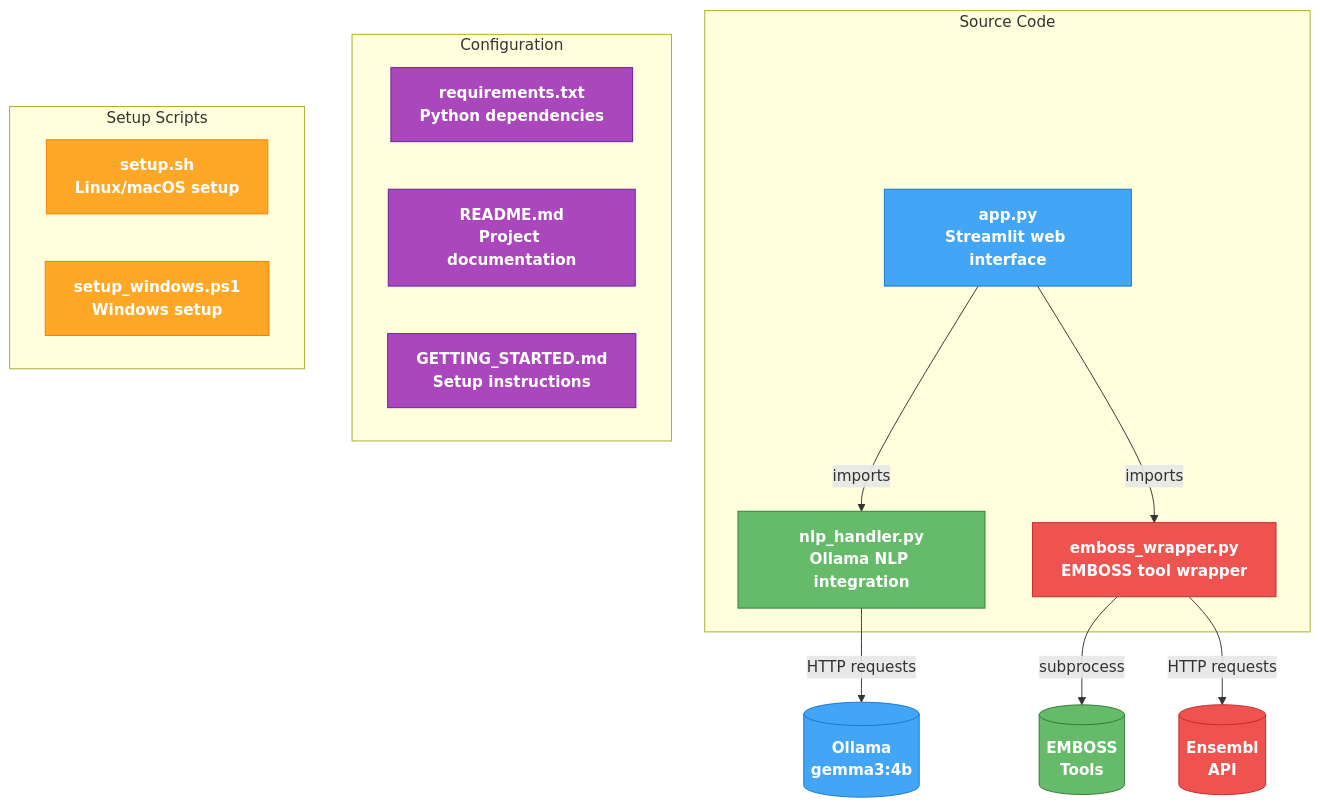
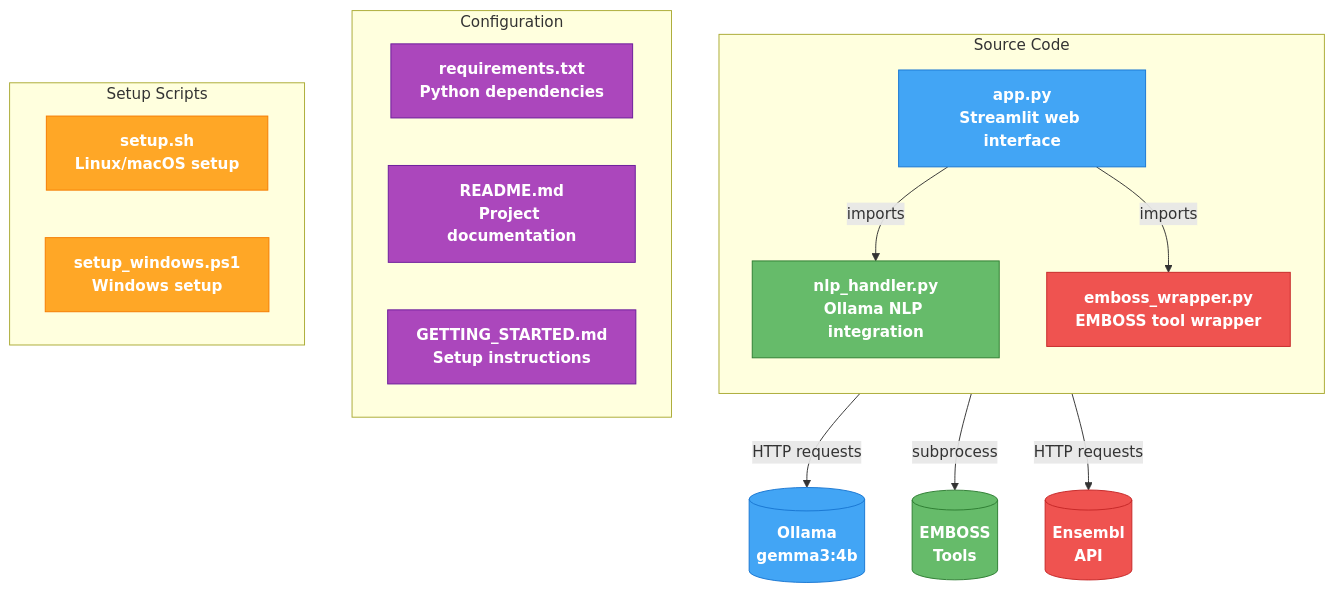
The eighth of 9 diagrams in ARCHITECTURE.md (caagendaz/BME110-final), drawn with Mermaid before and after one commit.

Commit message:
Adjust File Structure diagram layout - move content up
- Added direction TB to Source Code subgraph for better vertical positioning
- Changed NLP connection origin from NLP to APP for proper layout
- Improved spacing within the Source Code box

````diff
--- a/ARCHITECTURE.md
+++ b/ARCHITECTURE.md
@@ -263,37 +263,38 @@
 ```mermaid
 graph TB
     subgraph Code["Source Code"]
+        direction TB
         APP["app.py<br/>Streamlit web interface"]
         NLP["nlp_handler.py<br/>Ollama NLP integration"]
         EMBOSS["emboss_wrapper.py<br/>EMBOSS tool wrapper"]
         APP -->|imports| NLP
         APP -->|imports| EMBOSS
     end
     
     subgraph Config["Configuration"]
         REQ["requirements.txt<br/>Python dependencies"]
         README["README.md<br/>Project documentation"]
         GETTING["GETTING_STARTED.md<br/>Setup instructions"]
     end
     
     subgraph Setup["Setup Scripts"]
         SETUP_SH["setup.sh<br/>Linux/macOS setup"]
         SETUP_PS["setup_windows.ps1<br/>Windows setup"]
     end
     
-    NLP -->|HTTP requests| Ollama[("Ollama<br/>gemma3:4b")]
+    APP -->|HTTP requests| Ollama[("Ollama<br/>gemma3:4b")]
     EMBOSS -->|subprocess| Tools[("EMBOSS<br/>Tools")]
     EMBOSS -->|HTTP requests| Ensembl[("Ensembl<br/>API")]
     
     style APP fill:#42a5f5,stroke:#1976d2,color:#ffffff,font-weight:bold
     style NLP fill:#66bb6a,stroke:#2e7d32,color:#ffffff,font-weight:bold
     style EMBOSS fill:#ef5350,stroke:#c62828,color:#ffffff,font-weight:bold
     style REQ fill:#ab47bc,stroke:#6a1b9a,color:#ffffff,font-weight:bold
     style README fill:#ab47bc,stroke:#6a1b9a,color:#ffffff,font-weight:bold
     style GETTING fill:#ab47bc,stroke:#6a1b9a,color:#ffffff,font-weight:bold
     style SETUP_SH fill:#ffa726,stroke:#f57c00,color:#ffffff,font-weight:bold
     style SETUP_PS fill:#ffa726,stroke:#f57c00,color:#ffffff,font-weight:bold
     style Ollama fill:#42a5f5,stroke:#1976d2,color:#ffffff,font-weight:bold
     style Tools fill:#66bb6a,stroke:#2e7d32,color:#ffffff,font-weight:bold
     style Ensembl fill:#ef5350,stroke:#c62828,color:#ffffff,font-weight:bold
 ```
````
